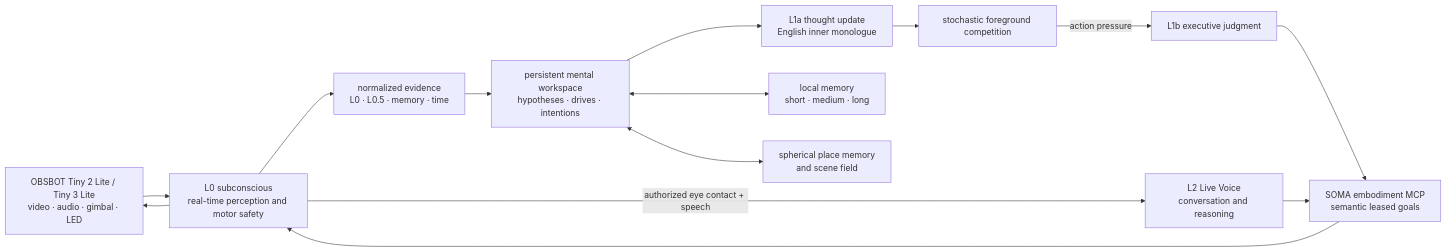
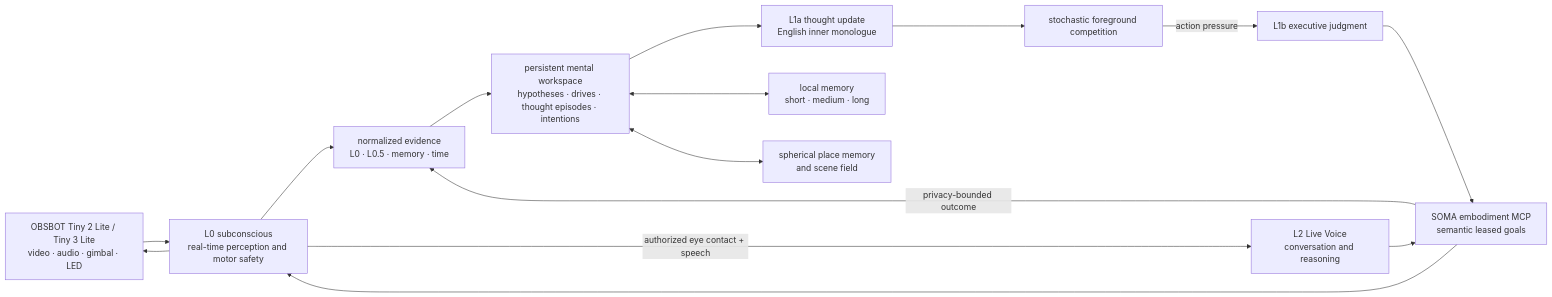
The diagram in README.md (codeshark94/SOMA), drawn with Mermaid before and after one commit. The commit also changed other lines of this file and 37 other files, not shown here.

````diff
--- a/README.md
+++ b/README.md
@@ -119,16 +136,17 @@
 ```mermaid
 flowchart LR
     Body["OBSBOT Tiny 2 Lite / Tiny 3 Lite\nvideo · audio · gimbal · LED"] --> L0["L0 subconscious\nreal-time perception and motor safety"]
     L0 --> Evidence["normalized evidence\nL0 · L0.5 · memory · time"]
-    Evidence --> Workspace["persistent mental workspace\nhypotheses · drives · intentions"]
+    Evidence --> Workspace["persistent mental workspace\nhypotheses · drives · thought episodes · intentions"]
     Workspace --> L1A["L1a thought update\nEnglish inner monologue"]
     L1A --> Foreground["stochastic foreground competition"]
     Foreground -->|"action pressure"| L1B["L1b executive judgment"]
     L0 -->|"authorized eye contact + speech"| L2["L2 Live Voice\nconversation and reasoning"]
     Workspace <--> Memory["local memory\nshort · medium · long"]
     Workspace <--> Atlas["spherical place memory\nand scene field"]
     L1B --> MCP["SOMA embodiment MCP\nsemantic leased goals"]
     L2 --> MCP
     MCP --> L0
+    MCP -->|"privacy-bounded outcome"| Evidence
     L0 --> Body
 ```
````
